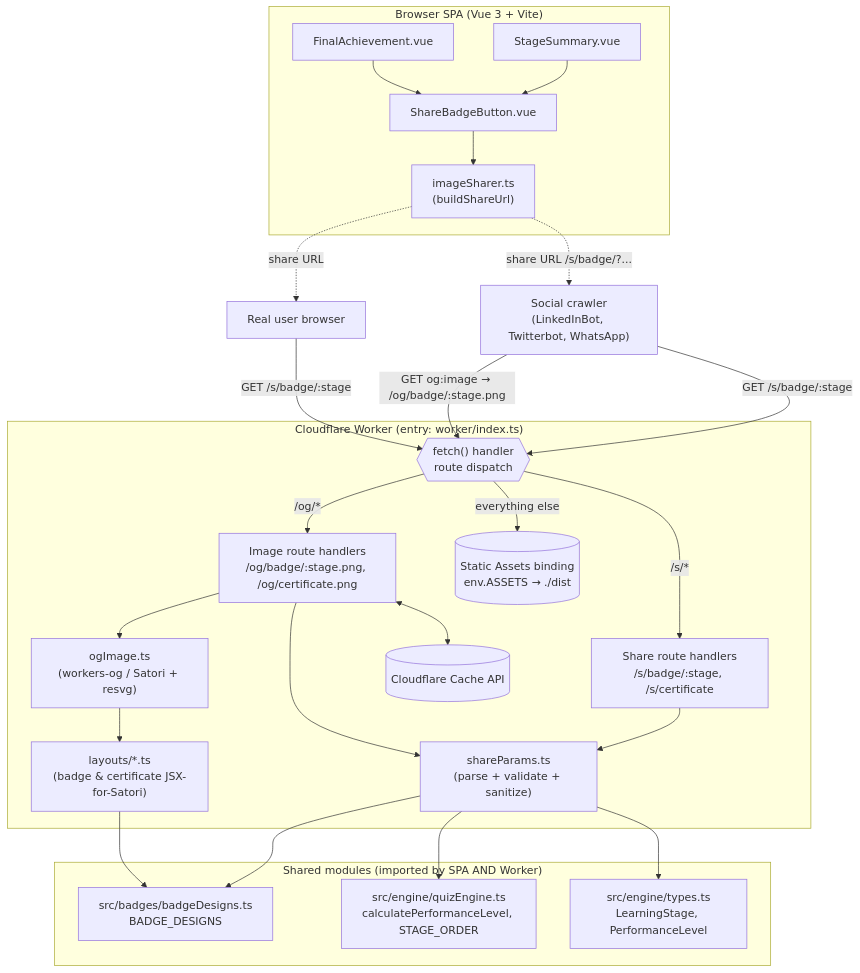
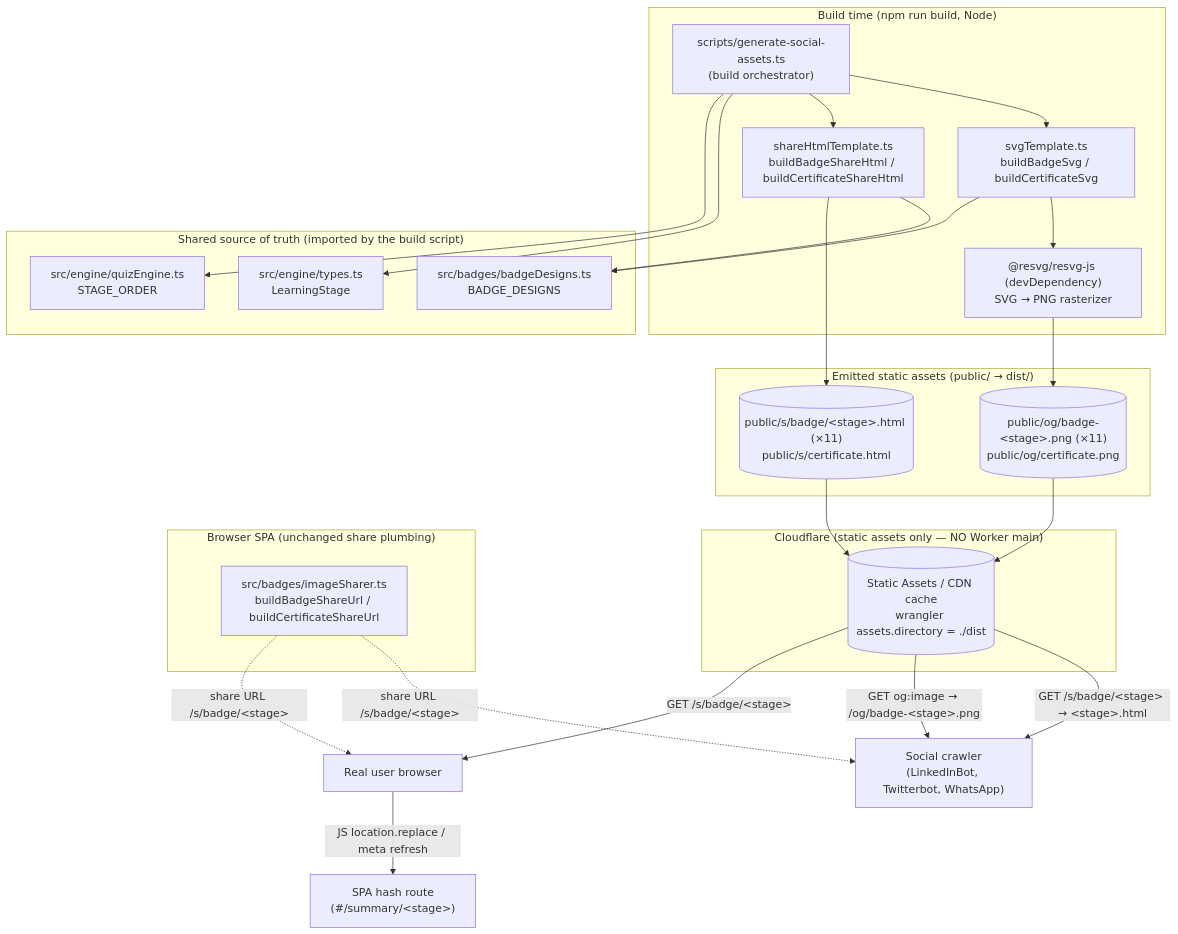
Before and after one commit to gabrielgons/kiro-quest: the first of 5 diagrams in .kiro/specs/dynamic-social-share-preview/design.md, drawn with Mermaid. The commit also changed other lines of this file and 3 other files, not shown here.

First line of the commit message:
docs: pivot social share preview spec to static build-time approach (no Cloudflare cost)

````diff
--- a/.kiro/specs/dynamic-social-share-preview/design.md
+++ b/.kiro/specs/dynamic-social-share-preview/design.md
@@ -43,52 +70,51 @@
 ```mermaid
 graph TD
-    subgraph Client["Browser SPA (Vue 3 + Vite)"]
-        SS[StageSummary.vue]
-        FA[FinalAchievement.vue]
-        SBB[ShareBadgeButton.vue]
-        IS["imageSharer.ts<br/>(buildShareUrl)"]
-        SS --> SBB
-        FA --> SBB
-        SBB --> IS
+    subgraph Build["Build time (npm run build, Node)"]
+        GEN["scripts/generate-social-assets.ts<br/>(build orchestrator)"]
+        SVGB["svgTemplate.ts<br/>buildBadgeSvg / buildCertificateSvg"]
+        HTMLB["shareHtmlTemplate.ts<br/>buildBadgeShareHtml / buildCertificateShareHtml"]
+        RASTER["@resvg/resvg-js (devDependency)<br/>SVG → PNG rasterizer"]
+        GEN --> SVGB
+        GEN --> HTMLB
+        SVGB --> RASTER
     end
 
-    subgraph CF["Cloudflare Worker (entry: worker/index.ts)"]
-        FETCH{{"fetch() handler<br/>route dispatch"}}
-        SHARE["Share route handlers<br/>/s/badge/:stage, /s/certificate"]
-        OG["Image route handlers<br/>/og/badge/:stage.png, /og/certificate.png"]
-        VALID["shareParams.ts<br/>(parse + validate + sanitize)"]
-        RENDER["ogImage.ts<br/>(workers-og / Satori + resvg)"]
-        LAYOUT["layouts/*.ts<br/>(badge & certificate JSX-for-Satori)"]
-        ASSETS[(Static Assets binding<br/>env.ASSETS → ./dist)]
-        CACHE[(Cloudflare Cache API)]
-
-        FETCH -->|"/s/*"| SHARE
-        FETCH -->|"/og/*"| OG
-        FETCH -->|"everything else"| ASSETS
-        SHARE --> VALID
-        OG --> VALID
-        OG --> RENDER
-        RENDER --> LAYOUT
-        OG <--> CACHE
+    subgraph SharedSrc["Shared source of truth (imported by the build script)"]
+        BD["src/badges/badgeDesigns.ts<br/>BADGE_DESIGNS"]
+        TY["src/engine/types.ts<br/>LearningStage"]
+        QE["src/engine/quizEngine.ts<br/>STAGE_ORDER"]
     end
 
-    subgraph Shared["Shared modules (imported by SPA AND Worker)"]
-        BD["src/badges/badgeDesigns.ts<br/>BADGE_DESIGNS"]
-        QE["src/engine/quizEngine.ts<br/>calculatePerformanceLevel, STAGE_ORDER"]
-        TY["src/engine/types.ts<br/>LearningStage, PerformanceLevel"]
+    subgraph Out["Emitted static assets (public/ → dist/)"]
+        PNG[("public/og/badge-&lt;stage&gt;.png (×11)<br/>public/og/certificate.png")]
+        SH[("public/s/badge/&lt;stage&gt;.html (×11)<br/>public/s/certificate.html")]
     end
+
+    subgraph CF["Cloudflare (static assets only — NO Worker main)"]
+        CDN[(Static Assets / CDN cache<br/>wrangler assets.directory = ./dist)]
+    end
+
+    SVGB --> BD
+    HTMLB --> BD
+    GEN --> TY
+    GEN --> QE
+    RASTER --> PNG
+    HTMLB --> SH
+    PNG --> CDN
+    SH --> CDN
 
     Crawler["Social crawler<br/>(LinkedInBot, Twitterbot, WhatsApp)"]
     UserBrowser["Real user browser"]
+    SPA["SPA hash route<br/>(#/summary/&lt;stage&gt;)"]
 
-    IS -. "share URL /s/badge/<stage>?..." .-> Crawler
-    IS -. "share URL" .-> UserBrowser
-    Crawler -->|"GET /s/badge/:stage"| FETCH
-    Crawler -->|"GET og:image → /og/badge/:stage.png"| FETCH
-    UserBrowser -->|"GET /s/badge/:stage"| FETCH
+    CDN -->|"GET /s/badge/&lt;stage&gt; → &lt;stage&gt;.html"| Crawler
+    CDN -->|"GET og:image → /og/badge-&lt;stage&gt;.png"| Crawler
+    CDN -->|"GET /s/badge/&lt;stage&gt;"| UserBrowser
+    UserBrowser -->|"JS location.replace / meta refresh"| SPA
 
-    VALID --> BD
-    VALID --> QE
-    VALID --> TY
-    LAYOUT --> BD
+    subgraph Client["Browser SPA (unchanged share plumbing)"]
+        IS["src/badges/imageSharer.ts<br/>buildBadgeShareUrl / buildCertificateShareUrl"]
+    end
+    IS -. "share URL /s/badge/&lt;stage&gt;" .-> Crawler
+    IS -. "share URL /s/badge/&lt;stage&gt;" .-> UserBrowser
 ```
````
